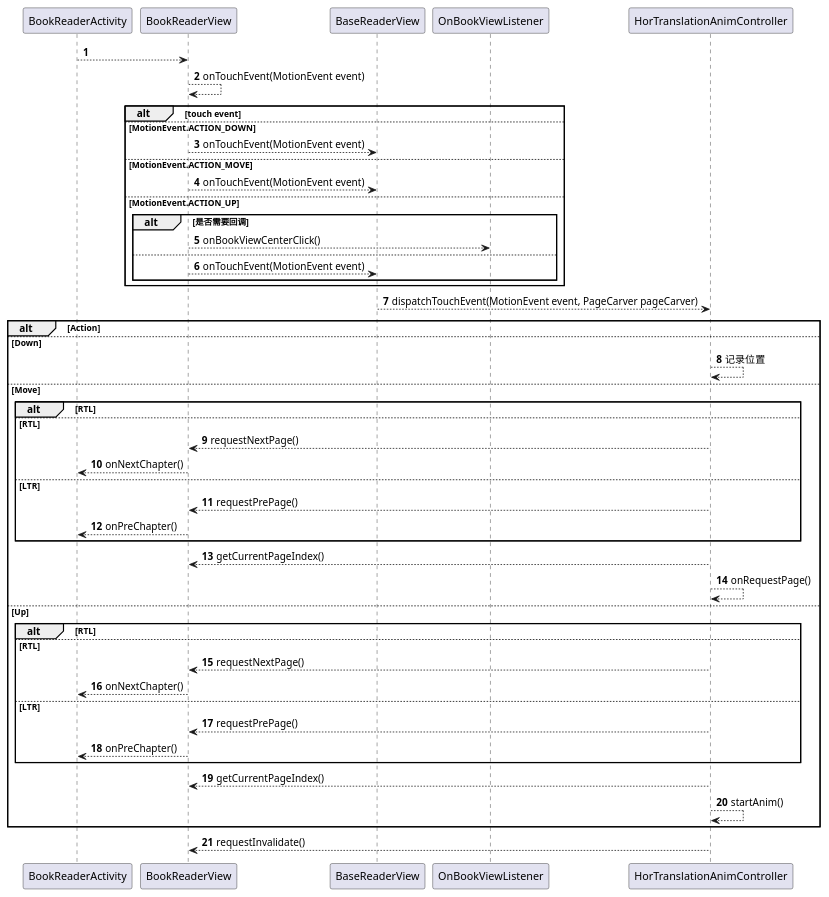
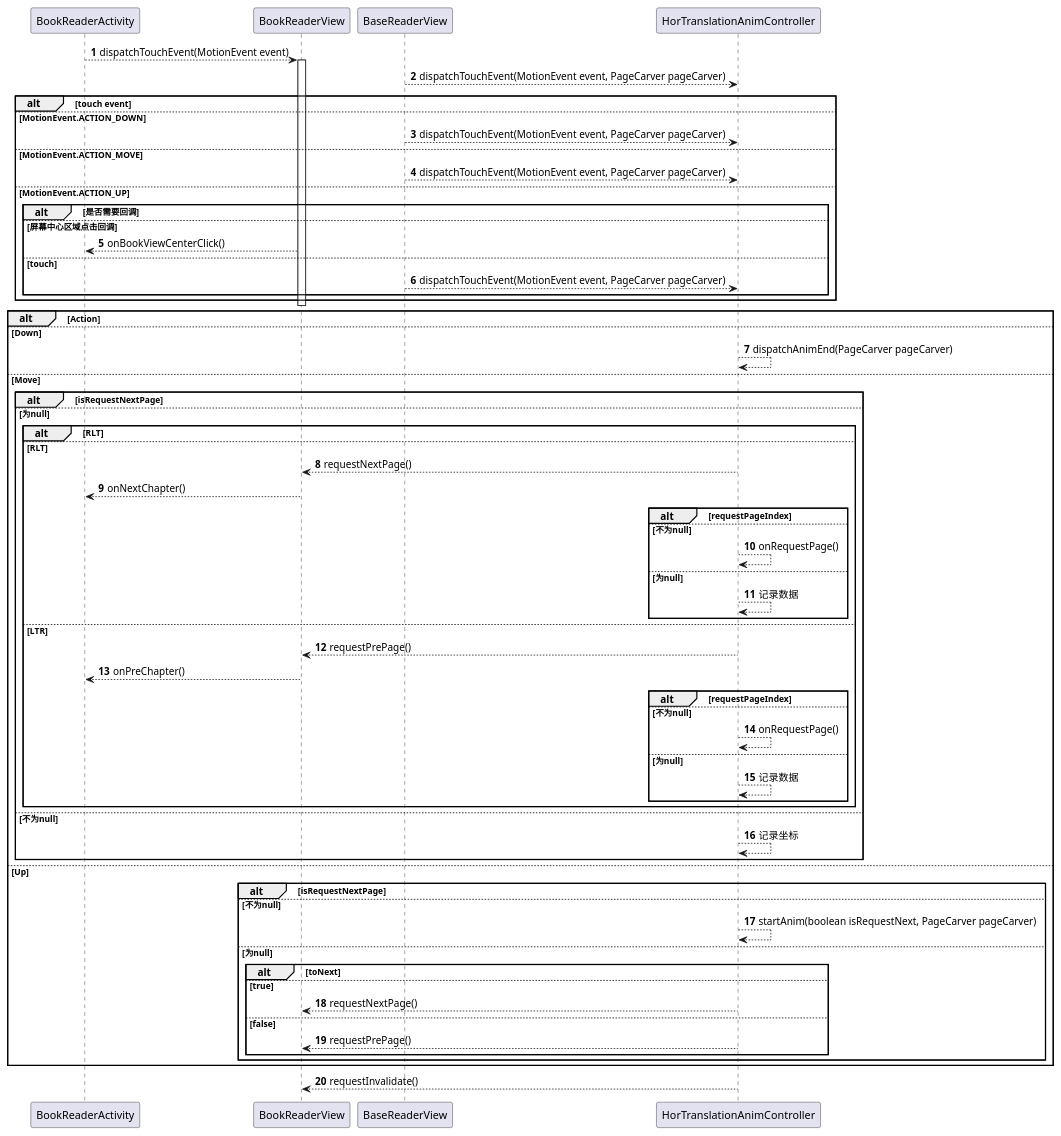
The diagram in uml/reader/module/reader/sequence/reader_touch.puml (yufns/uml), drawn with PlantUML before and after one commit.

Commit message:
no message

```diff
--- a/uml/reader/module/reader/sequence/reader_touch.puml
+++ b/uml/reader/module/reader/sequence/reader_touch.puml
@@ -1,51 +1,77 @@
 @startuml
 autonumber
-BookReaderActivity --> BookReaderView
-BookReaderView --> BookReaderView : onTouchEvent(MotionEvent event)
+BookReaderActivity --> BookReaderView : dispatchTouchEvent(MotionEvent event)
+
+
+activate BookReaderView
+BaseReaderView --> HorTranslationAnimController : dispatchTouchEvent(MotionEvent event, PageCarver pageCarver)
 alt touch event
 else MotionEvent.ACTION_DOWN
-BookReaderView --> BaseReaderView : onTouchEvent(MotionEvent event)
+BaseReaderView --> HorTranslationAnimController : dispatchTouchEvent(MotionEvent event, PageCarver pageCarver)
+
 else MotionEvent.ACTION_MOVE
-BookReaderView --> BaseReaderView : onTouchEvent(MotionEvent event)
+BaseReaderView --> HorTranslationAnimController : dispatchTouchEvent(MotionEvent event, PageCarver pageCarver)
+
 else MotionEvent.ACTION_UP
 alt 是否需要回调
-BookReaderView --> OnBookViewListener : onBookViewCenterClick()
-else
-BookReaderView --> BaseReaderView : onTouchEvent(MotionEvent event)
+else 屏幕中心区域点击回调
+BookReaderView --> BookReaderActivity : onBookViewCenterClick()
+else touch
+BaseReaderView --> HorTranslationAnimController : dispatchTouchEvent(MotionEvent event, PageCarver pageCarver)
+
 end
 end
+deactivate BookReaderView
 
-BaseReaderView --> HorTranslationAnimController : dispatchTouchEvent(MotionEvent event, PageCarver pageCarver)
+
+
+
 
 alt Action
 else Down
-HorTranslationAnimController -->  HorTranslationAnimController : 记录位置
+HorTranslationAnimController -->  HorTranslationAnimController : dispatchAnimEnd(PageCarver pageCarver)
+
 else Move
-alt RTL
-else RTL
-HorTranslationAnimController --> BookReaderView : requestNextPage()
-BookReaderView --> BookReaderActivity : onNextChapter()
-else LTR
-HorTranslationAnimController --> BookReaderView : requestPrePage()
-BookReaderView --> BookReaderActivity : onPreChapter()
-end
-HorTranslationAnimController --> BookReaderView : getCurrentPageIndex()
-HorTranslationAnimController --> HorTranslationAnimController : onRequestPage()
+  alt isRequestNextPage
+    else 为null
+      alt RLT
+      else RLT
+        HorTranslationAnimController --> BookReaderView : requestNextPage()
+        BookReaderView --> BookReaderActivity : onNextChapter()
+        alt requestPageIndex
+          else 不为null
+            HorTranslationAnimController --> HorTranslationAnimController : onRequestPage()
+          else 为null
+            HorTranslationAnimController --> HorTranslationAnimController : 记录数据
+        end
+      else LTR
+        HorTranslationAnimController --> BookReaderView : requestPrePage()
+        BookReaderView --> BookReaderActivity : onPreChapter()
+        alt requestPageIndex
+          else 不为null
+            HorTranslationAnimController --> HorTranslationAnimController : onRequestPage()
+          else 为null
+            HorTranslationAnimController --> HorTranslationAnimController : 记录数据
+        end
+      end
+    else 不为null
+      HorTranslationAnimController --> HorTranslationAnimController : 记录坐标
+  end
+
 else Up
-alt RTL
-else RTL
-HorTranslationAnimController --> BookReaderView : requestNextPage()
-BookReaderView --> BookReaderActivity : onNextChapter()
-
-
-else LTR
-HorTranslationAnimController --> BookReaderView : requestPrePage()
-BookReaderView --> BookReaderActivity : onPreChapter()
-end
-HorTranslationAnimController --> BookReaderView : getCurrentPageIndex()
-HorTranslationAnimController --> HorTranslationAnimController : startAnim()
+  alt isRequestNextPage
+  else 不为null
+    HorTranslationAnimController --> HorTranslationAnimController : startAnim(boolean isRequestNext, PageCarver pageCarver)
+  else 为null
+    alt toNext
+      else true
+        HorTranslationAnimController --> BookReaderView : requestNextPage()
+      else false
+        HorTranslationAnimController --> BookReaderView : requestPrePage()
+    end
+  end
 end
 HorTranslationAnimController --> BookReaderView : requestInvalidate()
 
 
 @enduml
```
